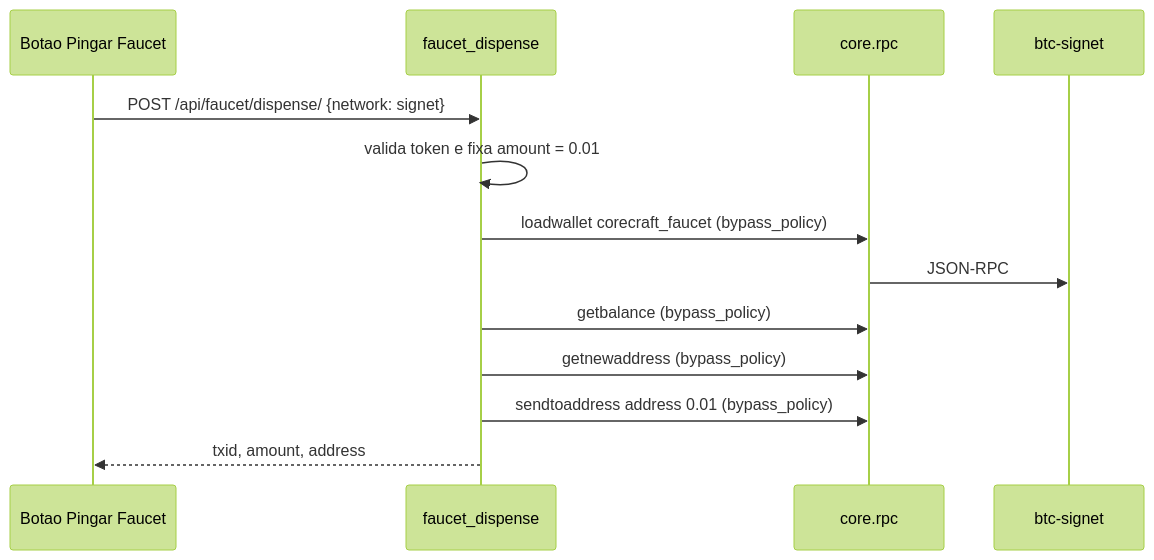
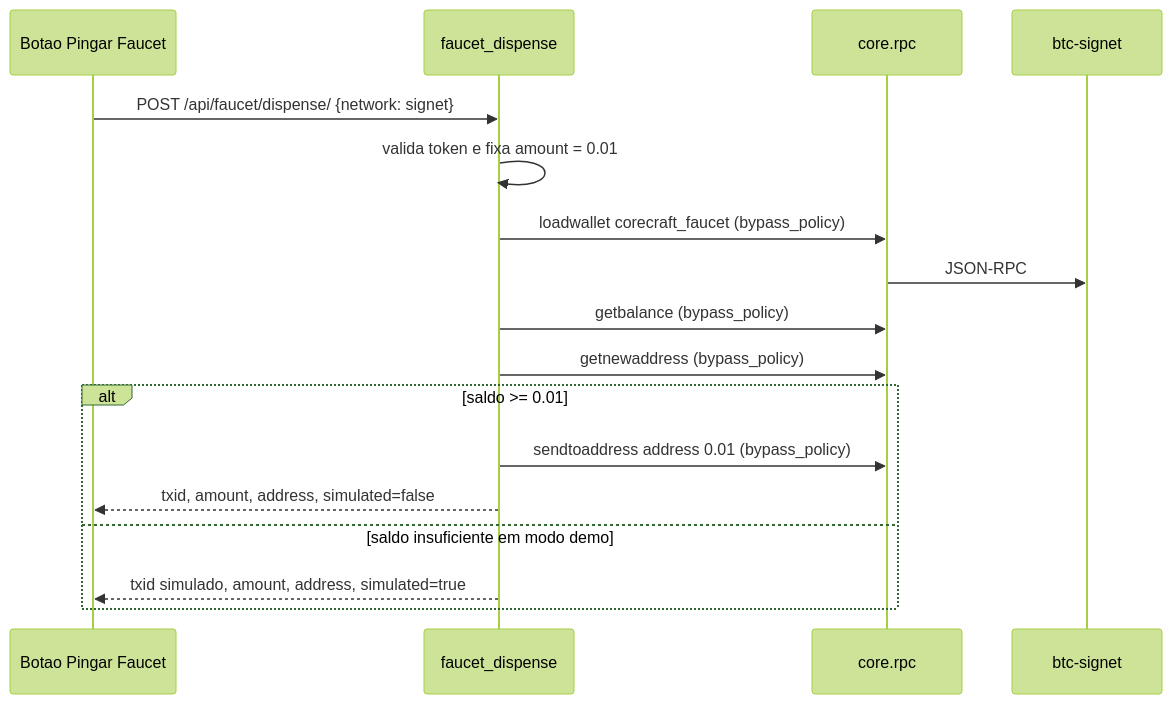
Before and after one commit to lyonpamplona/coreCraft_labs: the seventh of 7 diagrams in docs/fluxos.md, drawn with Mermaid (forest theme). The commit also changed other lines of this file and 24 other files, not shown here.

````diff
--- a/docs/fluxos.md
+++ b/docs/fluxos.md
@@ -163,16 +182,20 @@
 ```mermaid
 sequenceDiagram
     participant UI as Botao Pingar Faucet
     participant View as faucet_dispense
     participant RPC as core.rpc
     participant Sig as btc-signet
 
     UI->>View: POST /api/faucet/dispense/ {network: signet}
     View->>View: valida token e fixa amount = 0.01
     View->>RPC: loadwallet corecraft_faucet (bypass_policy)
     RPC->>Sig: JSON-RPC
     View->>RPC: getbalance (bypass_policy)
     View->>RPC: getnewaddress (bypass_policy)
-    View->>RPC: sendtoaddress address 0.01 (bypass_policy)
-    View-->>UI: txid, amount, address
+    alt saldo >= 0.01
+        View->>RPC: sendtoaddress address 0.01 (bypass_policy)
+        View-->>UI: txid, amount, address, simulated=false
+    else saldo insuficiente em modo demo
+        View-->>UI: txid simulado, amount, address, simulated=true
+    end
 ```
````
